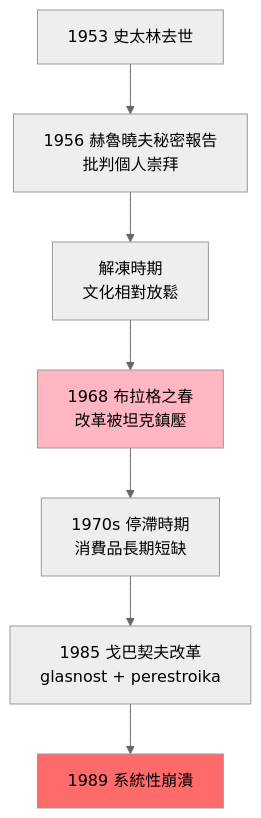
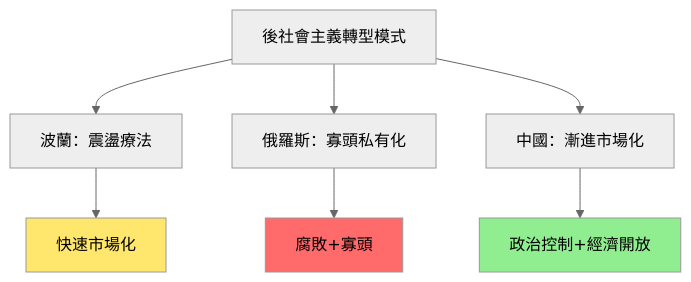
The third of 10 diagrams in 01_HKU_Courses/HIST2152_Late_socialism.md (yip-lgtm/HKU-Harvard-History-Self-Study), drawn with Mermaid (neutral theme) before and after one commit. The commit also changed other lines of this file and 7 other files, not shown here.

````diff
--- a/01_HKU_Courses/HIST2152_Late_socialism.md
+++ b/01_HKU_Courses/HIST2152_Late_socialism.md
@@ -123,11 +191,12 @@
 ```mermaid
 graph TD
-    A["1953 史太林去世"] --> B["1956 赫魯曉夫秘密報告<br/>批判個人崇拜"]
-    B --> C["解凍時期<br/>文化相對放鬆"]
-    C --> D["1968 布拉格之春<br/>改革被坦克鎮壓"]
-    D --> E["1970s 停滯時期<br/>消費品長期短缺"]
-    E --> F["1985 戈巴契夫改革<br/>glasnost + perestroika"]
-    F --> G["1989 系統性崩潰"]
-    style G fill:#FF6B6B
-    style D fill:#FFB6C1
+    A["後社會主義轉型模式"] --> B["波蘭：震盪療法"]
+    A --> C["俄羅斯：寡頭私有化"]
+    A --> D["中國：漸進市場化"]
+    B --> E["快速市場化"]
+    C --> F["腐敗+寡頭"]
+    D --> G["政治控制+經濟開放"]
+    style E fill:#FFE66D
+    style F fill:#FF6B6B
+    style G fill:#90EE90
 ```
````
